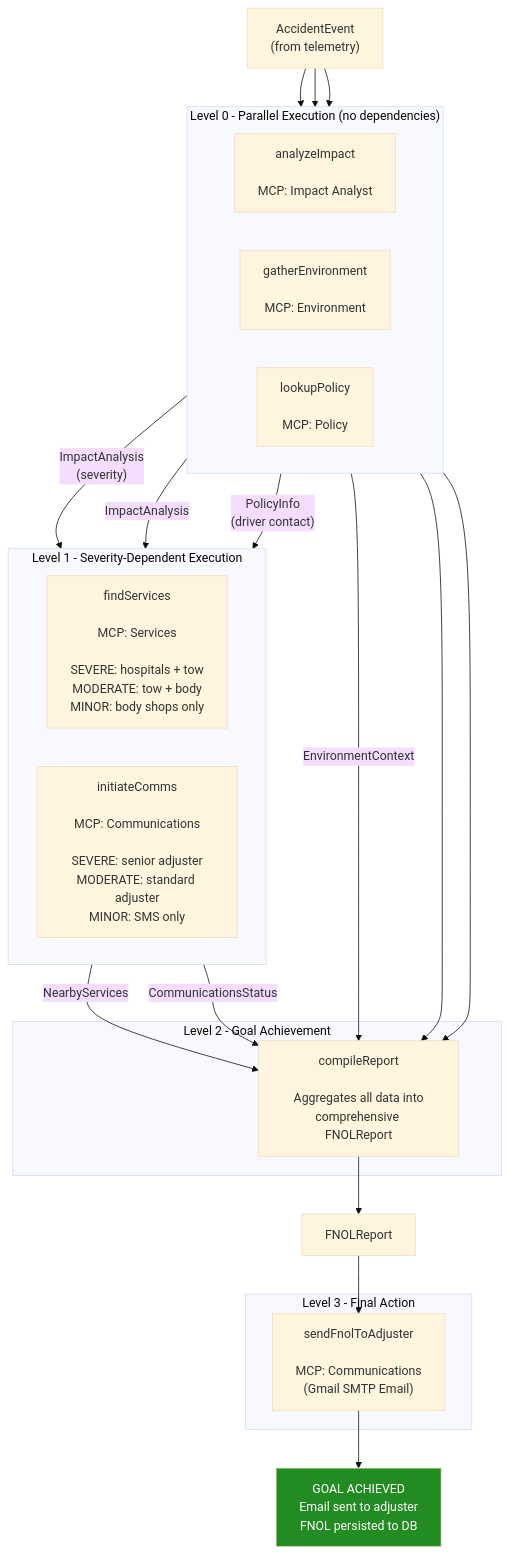
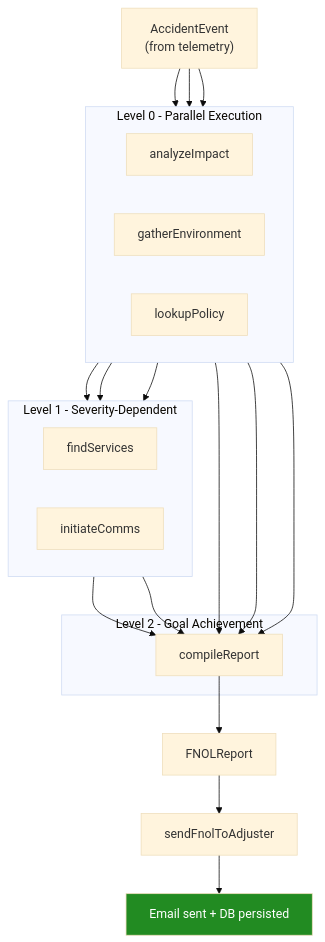
One commit to dbbaskette/imc-crash changed the second of 2 diagrams in README.md. Above: the diagram before and after it, drawn with Mermaid (base theme). The commit also changed other lines of this file and 2 other files, not shown here.

````diff
--- a/README.md
+++ b/README.md
@@ -145,46 +79,41 @@
 ```mermaid
 flowchart TB
     AE["AccidentEvent<br/>(from telemetry)"]
 
-    subgraph Level0["Level 0 - Parallel Execution (no dependencies)"]
+    subgraph Level0["Level 0 - Parallel Execution"]
         direction LR
-        AI["analyzeImpact<br/><br/>MCP: Impact Analyst"]
-        GE["gatherEnvironment<br/><br/>MCP: Environment"]
-        LP["lookupPolicy<br/><br/>MCP: Policy"]
+        AI["analyzeImpact"]
+        GE["gatherEnvironment"]
+        LP["lookupPolicy"]
     end
 
     AE --> AI
     AE --> GE
     AE --> LP
 
-    AI --> |"ImpactAnalysis<br/>(severity)"| FS
-    AI --> |"ImpactAnalysis"| IC
-    LP --> |"PolicyInfo<br/>(driver contact)"| IC
+    AI --> FS
+    AI --> IC
+    LP --> IC
 
-    subgraph Level1["Level 1 - Severity-Dependent Execution"]
+    subgraph Level1["Level 1 - Severity-Dependent"]
         direction LR
-        FS["findServices<br/><br/>MCP: Services<br/><br/>SEVERE: hospitals + tow<br/>MODERATE: tow + body<br/>MINOR: body shops only"]
-        IC["initiateComms<br/><br/>MCP: Communications<br/><br/>SEVERE: senior adjuster<br/>MODERATE: standard adjuster<br/>MINOR: SMS only"]
+        FS["findServices"]
+        IC["initiateComms"]
     end
 
-    GE --> |"EnvironmentContext"| CR
-    FS --> |"NearbyServices"| CR
-    IC --> |"CommunicationsStatus"| CR
+    GE --> CR
+    FS --> CR
+    IC --> CR
     AI --> CR
     LP --> CR
 
     subgraph Level2["Level 2 - Goal Achievement"]
-        CR["compileReport<br/><br/>Aggregates all data into<br/>comprehensive FNOLReport"]
+        CR["compileReport"]
     end
 
     CR --> FNOL["FNOLReport"]
-
-    subgraph Level3["Level 3 - Final Action"]
-        SEND["sendFnolToAdjuster<br/><br/>MCP: Communications<br/>(Gmail SMTP Email)"]
-    end
-
-    FNOL --> SEND
-    SEND --> OUT["GOAL ACHIEVED<br/>Email sent to adjuster<br/>FNOL persisted to DB"]
+    FNOL --> SEND["sendFnolToAdjuster"]
+    SEND --> OUT["Email sent + DB persisted"]
 
     style OUT fill:#228B22,color:#fff
 ```
````
